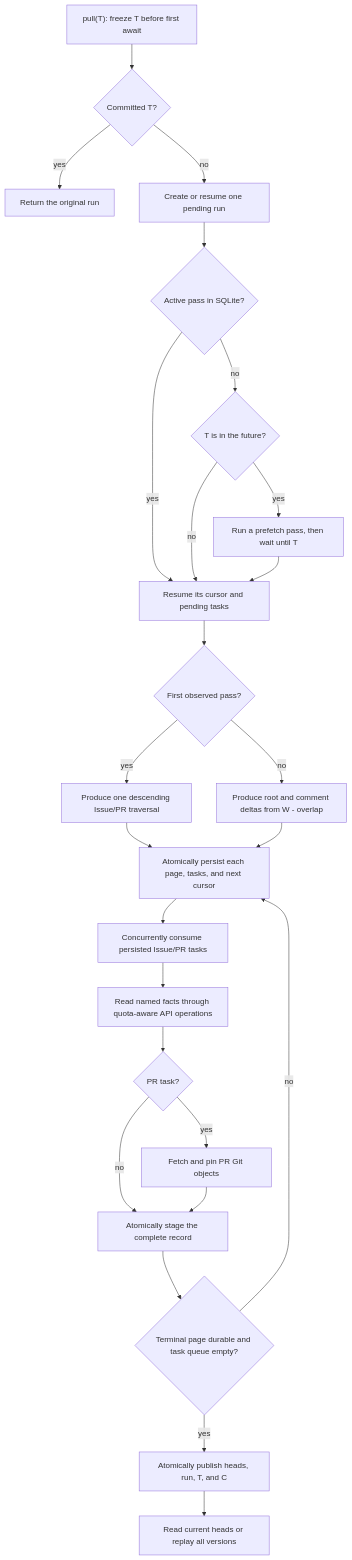
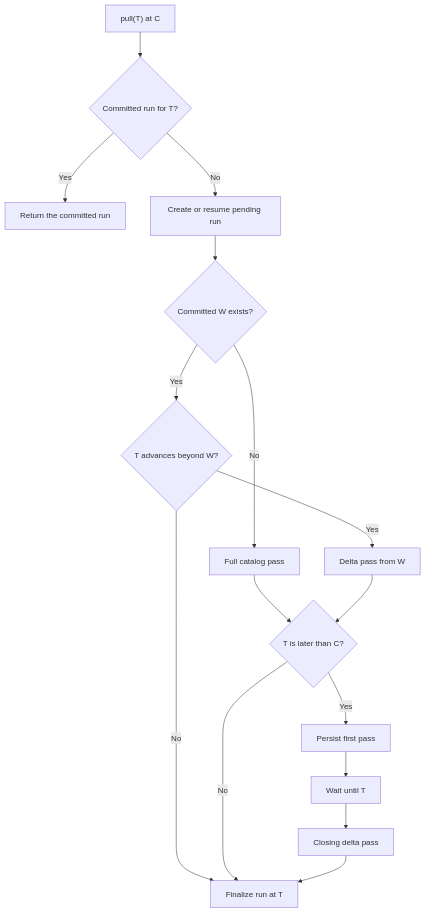
One commit to Delva0/gh-puller changed the diagram in docs/github-puller.md. Above: the diagram before and after it, drawn with Mermaid. The commit also changed other lines of this file and 2 other files, not shown here.

````diff
--- a/docs/github-puller.md
+++ b/docs/github-puller.md
@@ -24,27 +315,18 @@
 ```mermaid
 flowchart TD
-    Call["pull(T): freeze T before first await"] --> Existing{"Committed T?"}
-    Existing -->|yes| Return["Return the original run"]
-    Existing -->|no| Pending["Create or resume one pending run"]
-    Pending --> Resume{"Active pass in SQLite?"}
-    Resume -->|yes| Pass["Resume its cursor and pending tasks"]
-    Resume -->|no| Future{"T is in the future?"}
-    Future -->|yes| Prefetch["Run a prefetch pass, then wait until T"]
-    Future -->|no| Pass
-    Prefetch --> Pass
-    Pass --> Cold{"First observed pass?"}
-    Cold -->|yes| Full["Produce one descending Issue/PR traversal"]
-    Cold -->|no| Delta["Produce root and comment deltas from W - overlap"]
-    Full --> Journal["Atomically persist each page, tasks, and next cursor"]
-    Delta --> Journal
-    Journal --> Consume["Concurrently consume persisted Issue/PR tasks"]
-    Consume --> API["Read named facts through quota-aware API operations"]
-    API --> Kind{"PR task?"}
-    Kind -->|yes| Git["Fetch and pin PR Git objects"]
-    Kind -->|no| Stage["Atomically stage the complete record"]
-    Git --> Stage
-    Stage --> Closed{"Terminal page durable and task queue empty?"}
-    Closed -->|no| Journal
-    Closed -->|yes| Publish["Atomically publish heads, run, T, and C"]
-    Publish --> Read["Read current heads or replay all versions"]
+    Call["pull(T) at C"] --> Existing{"Committed run for T?"}
+    Existing -- "Yes" --> Return["Return the committed run"]
+    Existing -- "No" --> Pending["Create or resume pending run"]
+    Pending --> Watermark{"Committed W exists?"}
+    Watermark -- "No" --> Full["Full catalog pass"]
+    Watermark -- "Yes" --> Advance{"T advances beyond W?"}
+    Advance -- "No" --> Publish["Finalize run at T"]
+    Advance -- "Yes" --> Delta["Delta pass from W"]
+    Full --> Future{"T is later than C?"}
+    Delta --> Future
+    Future -- "No" --> Publish["Finalize run at T"]
+    Future -- "Yes" --> Persist["Persist first pass"]
+    Persist --> Wait["Wait until T"]
+    Wait --> Closing["Closing delta pass"]
+    Closing --> Publish
 ```
````
